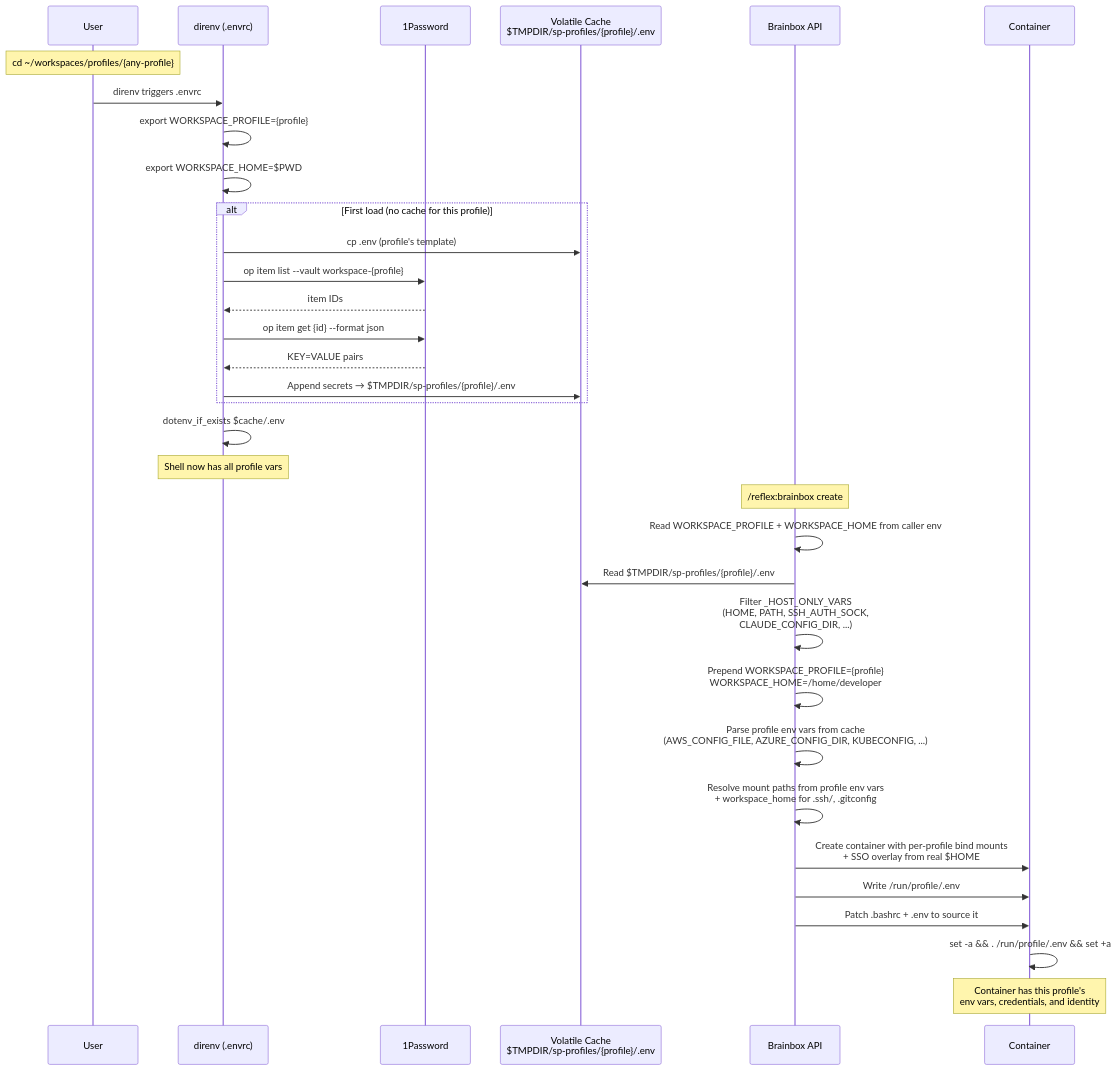
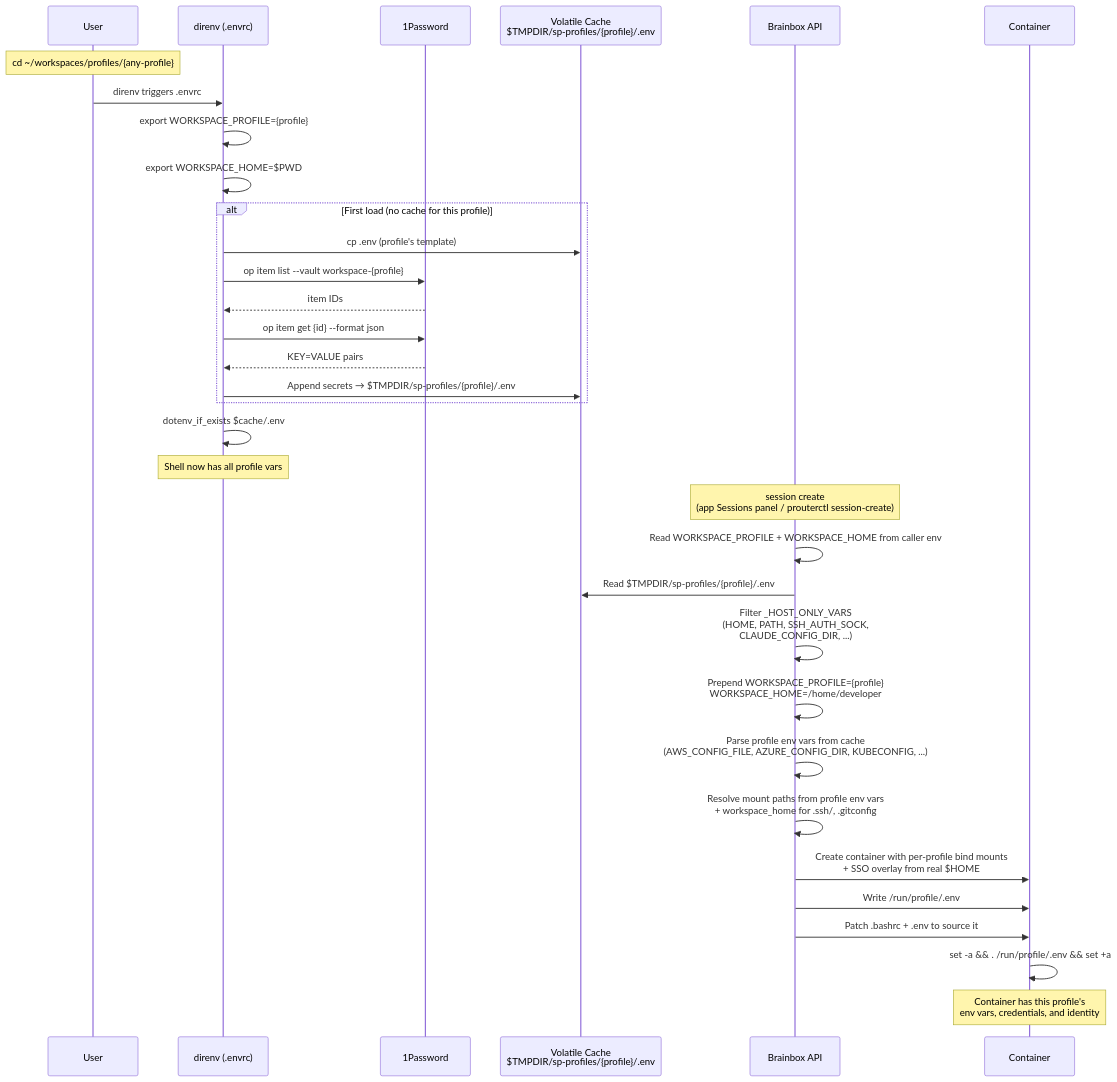
The third of 3 diagrams in docs/profile-container-flow.md (neverprepared/phantom-ink), drawn with Mermaid before and after one commit. The commit also changed other lines of this file and 239 other files, not shown here.

````diff
--- a/docs/profile-container-flow.md
+++ b/docs/profile-container-flow.md
@@ -188,39 +188,39 @@
 ```mermaid
 sequenceDiagram
     participant U as User
     participant D as direnv (.envrc)
     participant OP as 1Password
     participant VC as Volatile Cache<br/>$TMPDIR/sp-profiles/{profile}/.env
     participant BB as Brainbox API
     participant C as Container
 
     Note over U: cd ~/workspaces/profiles/{any-profile}
     U->>D: direnv triggers .envrc
     D->>D: export WORKSPACE_PROFILE={profile}
     D->>D: export WORKSPACE_HOME=$PWD
 
     alt First load (no cache for this profile)
         D->>VC: cp .env (profile's template)
         D->>OP: op item list --vault workspace-{profile}
         OP-->>D: item IDs
         D->>OP: op item get {id} --format json
         OP-->>D: KEY=VALUE pairs
         D->>VC: Append secrets → $TMPDIR/sp-profiles/{profile}/.env
     end
 
     D->>D: dotenv_if_exists $cache/.env
     Note over D: Shell now has all profile vars
 
-    Note over BB: /reflex:brainbox create
+    Note over BB: session create<br/>(app Sessions panel / prouterctl session-create)
     BB->>BB: Read WORKSPACE_PROFILE + WORKSPACE_HOME from caller env
     BB->>VC: Read $TMPDIR/sp-profiles/{profile}/.env
     BB->>BB: Filter _HOST_ONLY_VARS<br/>(HOME, PATH, SSH_AUTH_SOCK,<br/>CLAUDE_CONFIG_DIR, ...)
     BB->>BB: Prepend WORKSPACE_PROFILE={profile}<br/>WORKSPACE_HOME=/home/developer
     BB->>BB: Parse profile env vars from cache<br/>(AWS_CONFIG_FILE, AZURE_CONFIG_DIR, KUBECONFIG, ...)
     BB->>BB: Resolve mount paths from profile env vars<br/>+ workspace_home for .ssh/, .gitconfig
     BB->>C: Create container with per-profile bind mounts<br/>+ SSO overlay from real $HOME
     BB->>C: Write /run/profile/.env
     BB->>C: Patch .bashrc + .env to source it
     C->>C: set -a && . /run/profile/.env && set +a
     Note over C: Container has this profile's<br/>env vars, credentials, and identity
 ```
````
